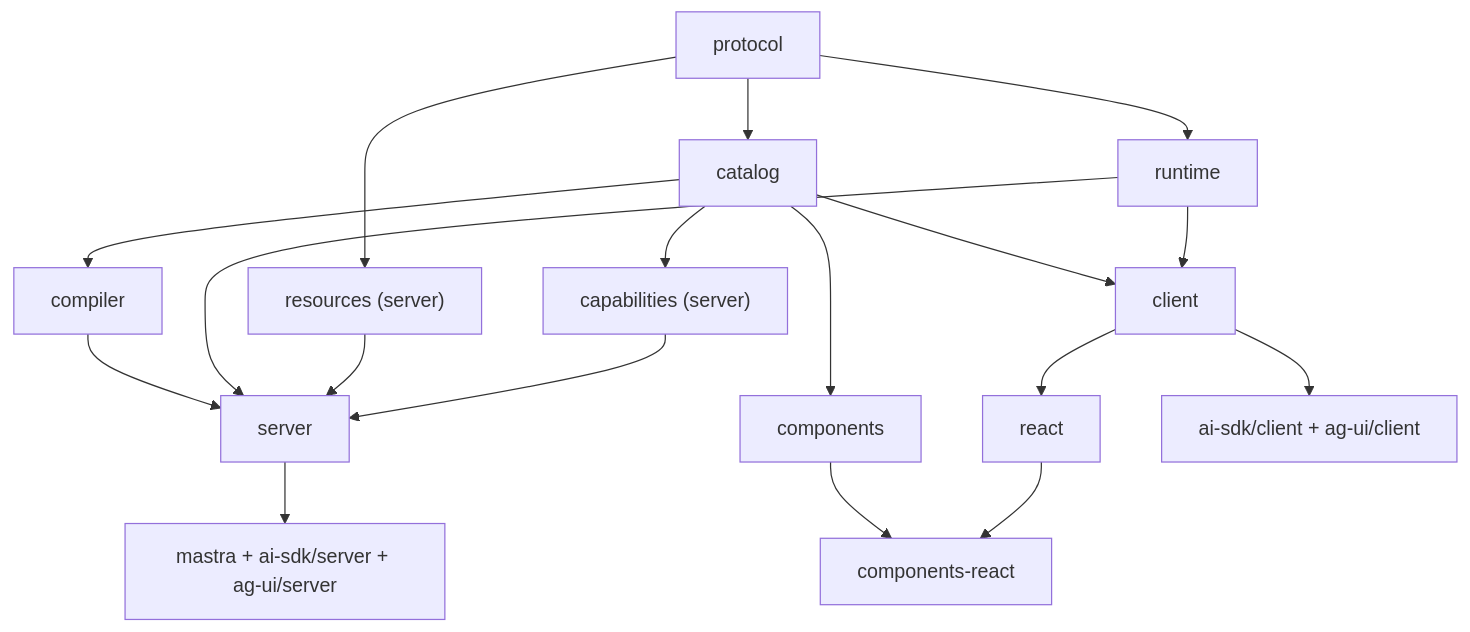
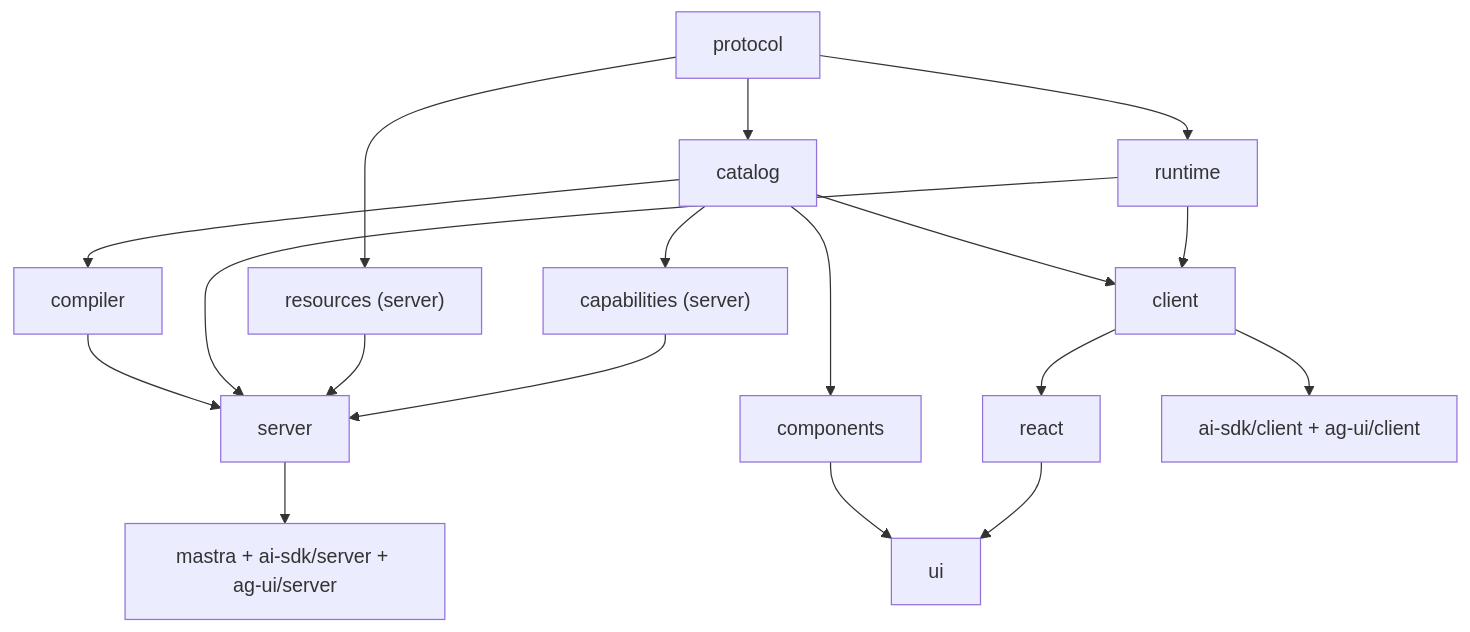
One commit to ErKeLost/Tessera changed the third of 3 diagrams in docs/architecture/open-generative-architecture.md. Above: the diagram before and after it, drawn with Mermaid. The commit also changed other lines of this file and 61 other files, not shown here.

````diff
--- a/docs/architecture/open-generative-architecture.md
+++ b/docs/architecture/open-generative-architecture.md
@@ -1018,21 +1018,21 @@
 ```mermaid
 flowchart TD
   P["protocol"] --> C["catalog"]
   P --> R["runtime"]
   C --> CP["compiler"]
   C --> CL["client"]
   R --> CL["client"]
   CL --> RE["react"]
   C --> OC["components"]
-  OC --> OCR["components-react"]
+  OC --> OCR["ui"]
   RE --> OCR
 
   P --> RES["resources (server)"]
   C --> CAP["capabilities (server)"]
   CP --> S["server"]
   R --> S
   RES --> S
   CAP --> S
   S --> SA["mastra + ai-sdk/server + ag-ui/server"]
   CL --> CA["ai-sdk/client + ag-ui/client"]
 ```
````
